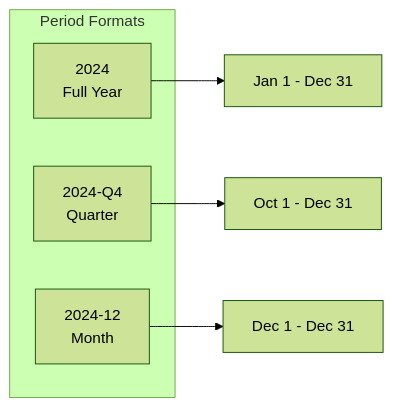
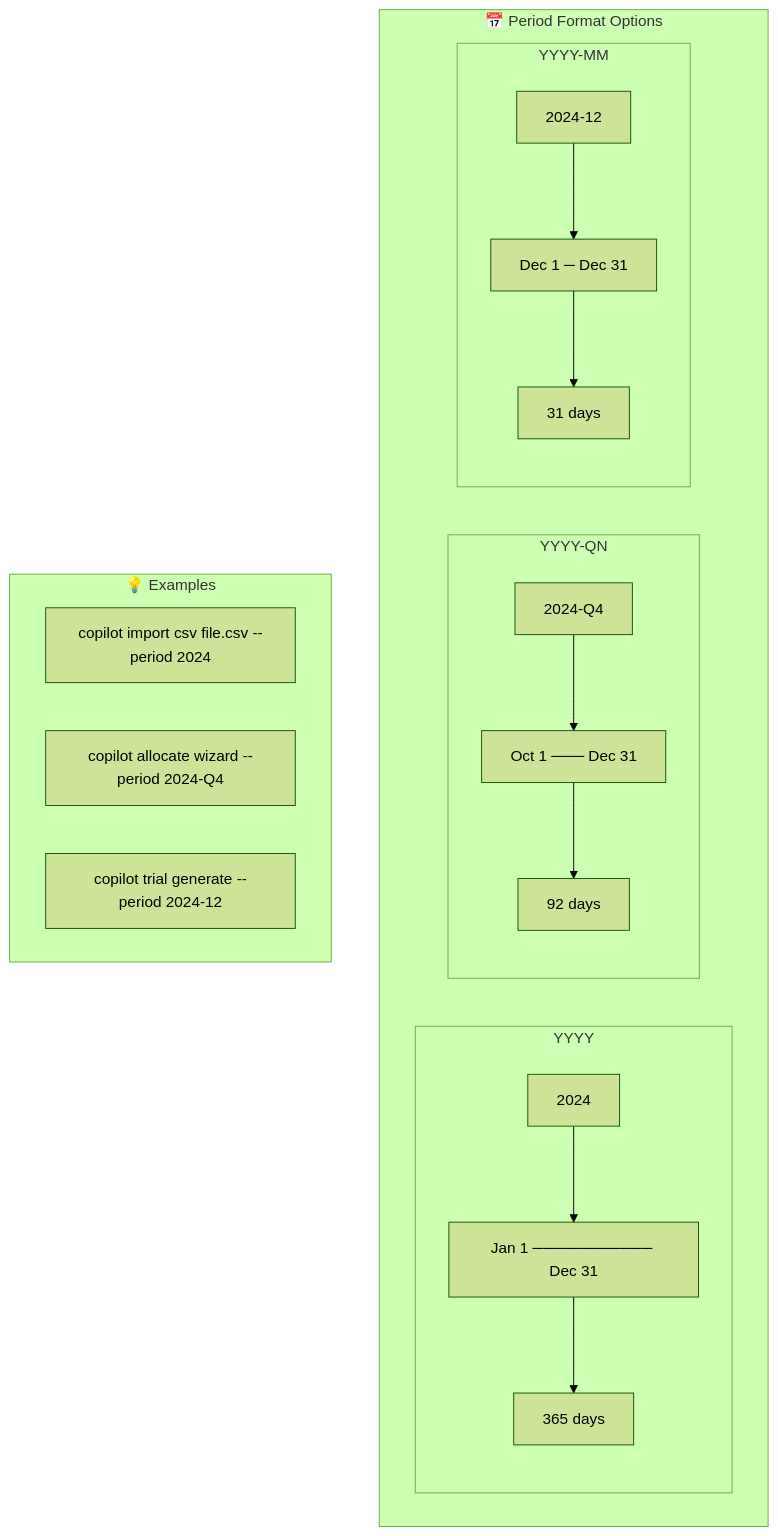
Before and after one commit to bgs-fbreen/copilot_db-development: the second of 7 diagrams in docs/import-and-wizard-guide.md, drawn with Mermaid (forest theme). The commit also changed other lines of this file, not shown here.

First line of the commit message:
Transform linear Mermaid diagrams into multi-dimensional workflow visualizations (#36)

````diff
--- a/docs/import-and-wizard-guide.md
+++ b/docs/import-and-wizard-guide.md
@@ -149,12 +169,34 @@
 ```mermaid
-flowchart LR
-    subgraph Periods["Period Formats"]
-        YEAR["2024<br/>Full Year"]
-        Q["2024-Q4<br/>Quarter"]
-        MONTH["2024-12<br/>Month"]
+flowchart TB
+    subgraph Formats["📅 Period Format Options"]
+        direction LR
+        
+        subgraph Year["YYYY"]
+            Y_INPUT["2024"]
+            Y_RANGE["Jan 1 ─────────── Dec 31"]
+            Y_DAYS["365 days"]
+        end
+        
+        subgraph Quarter["YYYY-QN"]
+            Q_INPUT["2024-Q4"]
+            Q_RANGE["Oct 1 ─── Dec 31"]
+            Q_DAYS["92 days"]
+        end
+        
+        subgraph Month["YYYY-MM"]
+            M_INPUT["2024-12"]
+            M_RANGE["Dec 1 ─ Dec 31"]
+            M_DAYS["31 days"]
+        end
     end
-    
-    YEAR --> YR["Jan 1 - Dec 31"]
-    Q --> QR["Oct 1 - Dec 31"]
-    MONTH --> MR["Dec 1 - Dec 31"]
+
+    Y_INPUT --> Y_RANGE --> Y_DAYS
+    Q_INPUT --> Q_RANGE --> Q_DAYS
+    M_INPUT --> M_RANGE --> M_DAYS
+
+    subgraph Examples["💡 Examples"]
+        EX1["copilot import csv file.csv --period 2024"]
+        EX2["copilot allocate wizard --period 2024-Q4"]
+        EX3["copilot trial generate --period 2024-12"]
+    end
 ```
````
